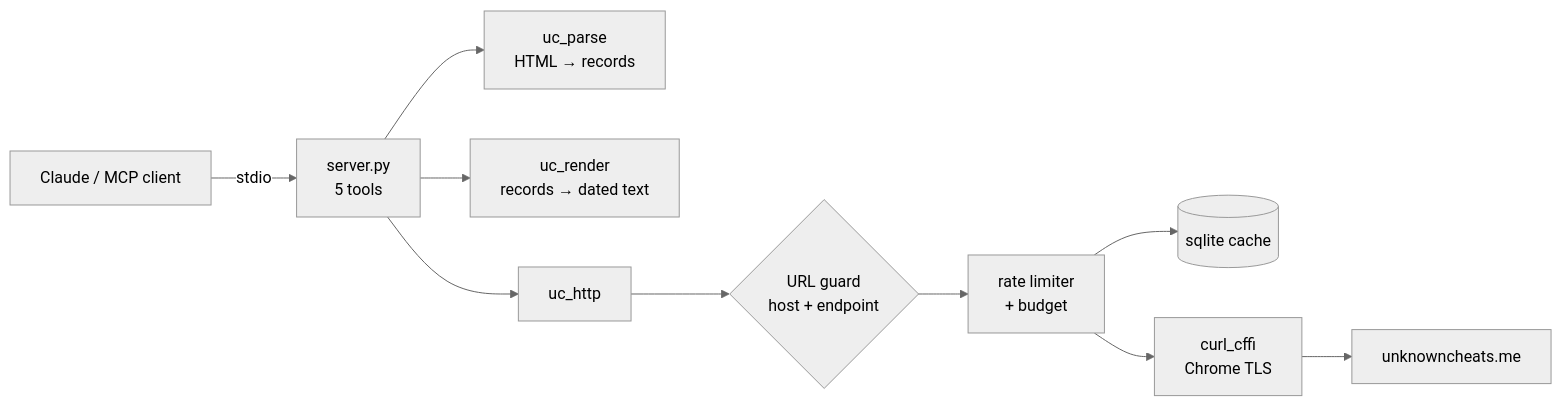
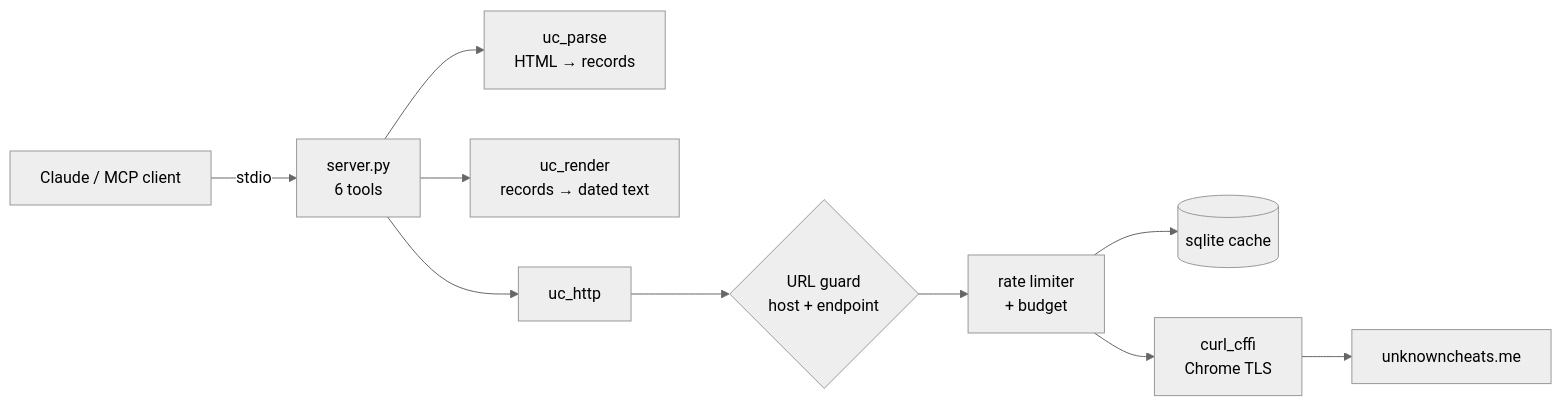
One commit to 0111-0222/uc-mcp changed the diagram in README.md. Above: the diagram before and after it, drawn with Mermaid (neutral theme). The commit also changed other lines of this file and 14 other files, not shown here.

````diff
--- a/README.md
+++ b/README.md
@@ -285,11 +330,11 @@
 ```mermaid
 flowchart LR
-    C[Claude / MCP client] -- stdio --> S[server.py<br/>5 tools]
+    C[Claude / MCP client] -- stdio --> S[server.py<br/>6 tools]
     S --> P[uc_parse<br/>HTML → records]
     S --> R[uc_render<br/>records → dated text]
     S --> H[uc_http]
     H --> G{URL guard<br/>host + endpoint}
     G --> L[rate limiter<br/>+ budget]
     L --> K[(sqlite cache)]
     L --> U[curl_cffi<br/>Chrome TLS] --> F[unknowncheats.me]
 ```
````
